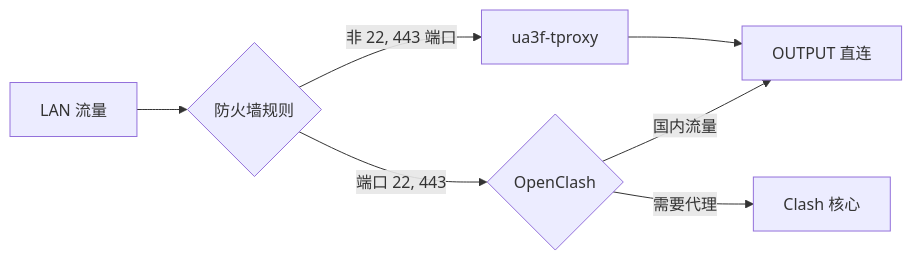
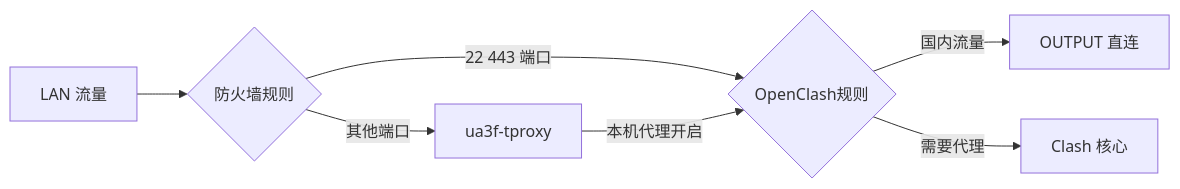
The third of 4 diagrams in README.md (Zesuy/UA-Mask), drawn with Mermaid before and after one commit. The commit also changed other lines of this file, not shown here.

````diff
--- a/README.md
+++ b/README.md
@@ -68,11 +69,11 @@
 ```mermaid
 graph LR
     A[LAN 流量] --> B{防火墙规则}
-    B -->|端口 22, 443| C{OpenClash}
-    B -->|非 22, 443 端口| D[ua3f-tproxy]
+    B -->|22 443 端口| C{OpenClash规则}
+    B -->|其他端口| D[ua3f-tproxy]
     
     C -->|国内流量| E[OUTPUT 直连]
     C -->|需要代理| F[Clash 核心]
     
-    D --> E[OUTPUT 直连]
+    D --"本机代理开启"--> C{OpenClash规则}
 ```
````
